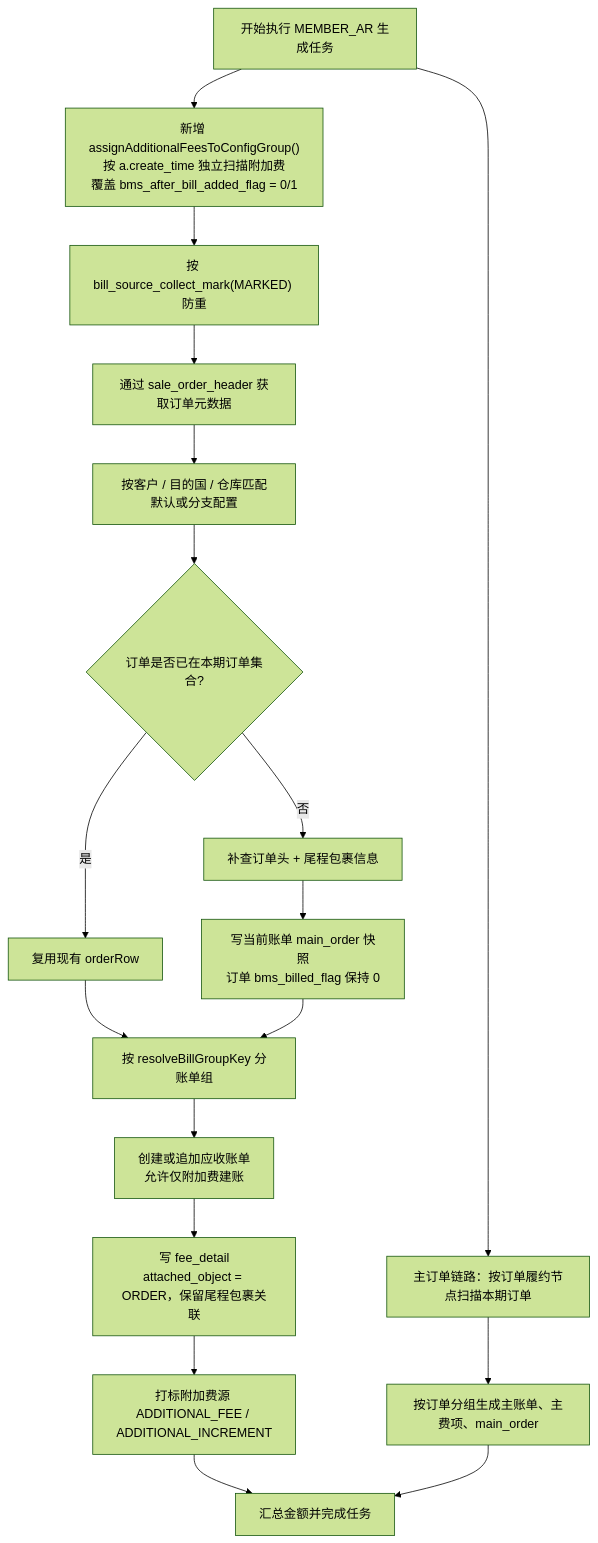
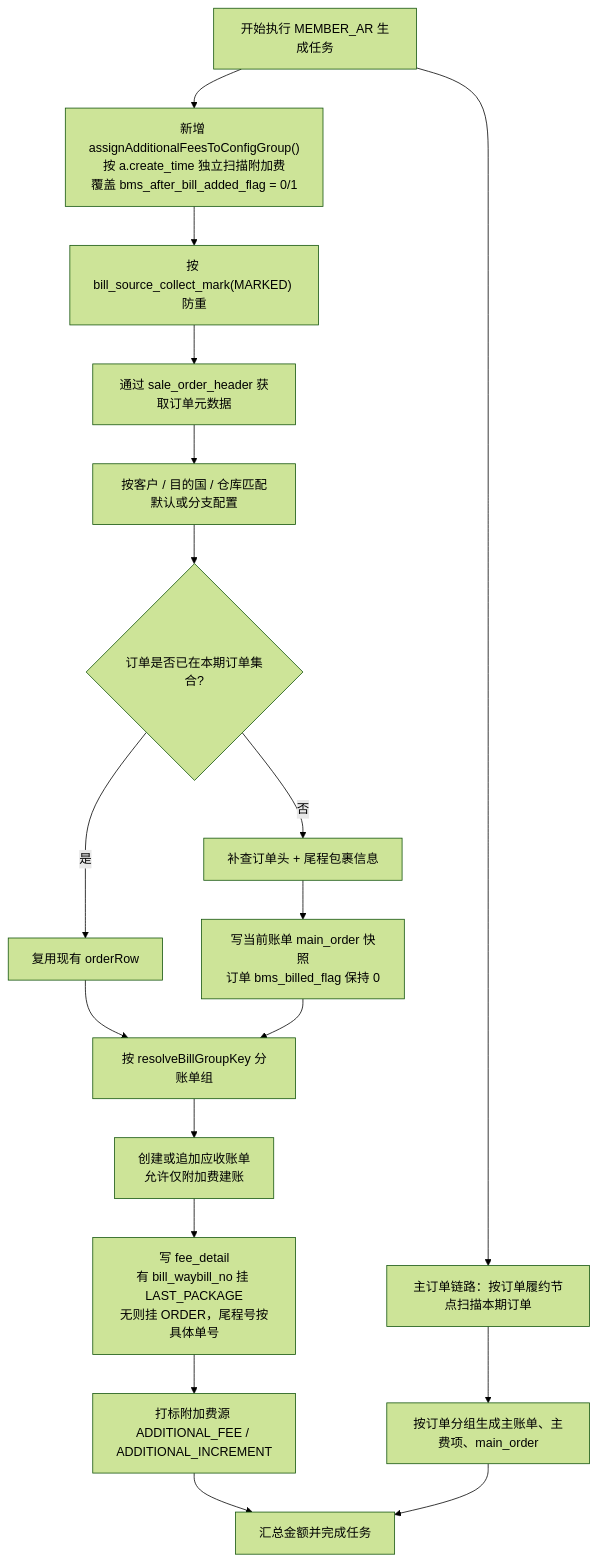
The second of 2 diagrams in technical-caliber/bms/dev-specs/2026-08-25-bms-应收账单附加费独立按创建时间采集需求落地方案及调整计划.md (jack888332/projects-doc), drawn with Mermaid (forest theme) before and after one commit. The commit also changed other lines of this file and 1 other file, not shown here.

Commit message:
docs(bill): 同步附加费尾程挂靠口径

````diff
--- a/technical-caliber/bms/dev-specs/2026-08-25-bms-应收账单附加费独立按创建时间采集需求落地方案及调整计划.md
+++ b/technical-caliber/bms/dev-specs/2026-08-25-bms-应收账单附加费独立按创建时间采集需求落地方案及调整计划.md
@@ -338,37 +338,37 @@
 ```mermaid
 flowchart TD
     Start["开始执行 MEMBER_AR 生成任务"]
     OrderScan["主订单链路：按订单履约节点扫描本期订单"]
     OrderGroup["按订单分组生成主账单、主费项、main_order"]
     FeeScan["新增 assignAdditionalFeesToConfigGroup()\n按 a.create_time 独立扫描附加费\n覆盖 bms_after_bill_added_flag = 0/1"]
     Dedupe["按 bill_source_collect_mark(MARKED) 防重"]
     Header["通过 sale_order_header 获取订单元数据"]
     Branch["按客户 / 目的国 / 仓库匹配默认或分支配置"]
     OrderExists{"订单是否已在本期订单集合?"}
     Reuse["复用现有 orderRow"]
     Supplement["补查订单头 + 尾程包裹信息"]
     MainOrder["写当前账单 main_order 快照\n订单 bms_billed_flag 保持 0"]
     Group["按 resolveBillGroupKey 分账单组"]
     Append["创建或追加应收账单\n允许仅附加费建账"]
-    Fee["写 fee_detail\nattached_object = ORDER，保留尾程包裹关联"]
+    Fee["写 fee_detail\n有 bill_waybill_no 挂 LAST_PACKAGE\n无则挂 ORDER，尾程号按具体单号"]
     Mark["打标附加费源 ADDITIONAL_FEE / ADDITIONAL_INCREMENT"]
     Finish["汇总金额并完成任务"]
 
     Start --> OrderScan
     Start --> FeeScan
     OrderScan --> OrderGroup
     FeeScan --> Dedupe
     Dedupe --> Header
     Header --> Branch
     Branch --> OrderExists
     OrderExists -- 是 --> Reuse
     OrderExists -- 否 --> Supplement
     Supplement --> MainOrder
     Reuse --> Group
     MainOrder --> Group
     Group --> Append
     Append --> Fee
     Fee --> Mark
     Mark --> Finish
     OrderGroup --> Finish
 ```
````
